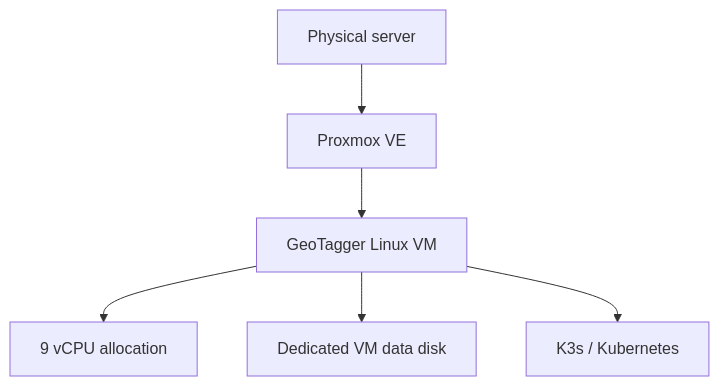
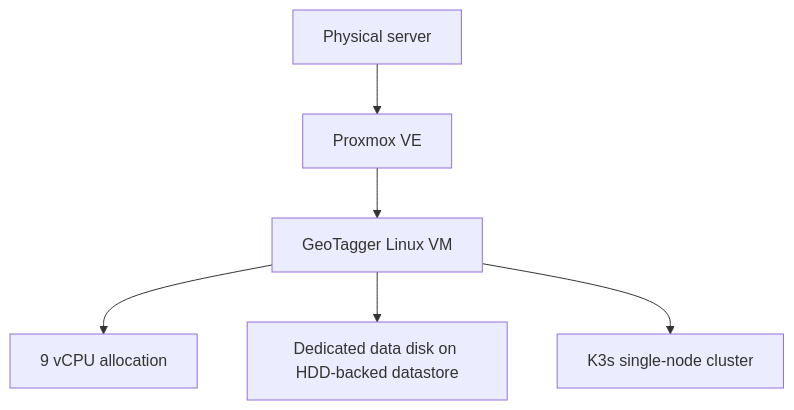
Before and after one commit to Jstarzz/geotagger: the second of 15 diagrams in docs/ARCHITECTURE.md, drawn with Mermaid. The commit also changed other lines of this file, not shown here.

Commit message:
docs: update architecture for City and ASN intelligence

````diff
--- a/docs/ARCHITECTURE.md
+++ b/docs/ARCHITECTURE.md
@@ -42,8 +48,8 @@
 ```mermaid
 flowchart TB
-    HOST["Physical server"] --> PVE["Proxmox VE"]
+    HW["Physical server"] --> PVE["Proxmox VE"]
     PVE --> VM["GeoTagger Linux VM"]
-    VM --> VCPU["9 vCPU allocation"]
-    VM --> VDISK["Dedicated VM data disk"]
-    VM --> K3S["K3s / Kubernetes"]
+    VM --> CPU["9 vCPU allocation"]
+    VM --> DATA["Dedicated data disk on HDD-backed datastore"]
+    VM --> K3S["K3s single-node cluster"]
 ```
````
